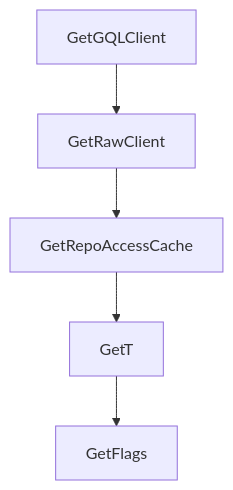
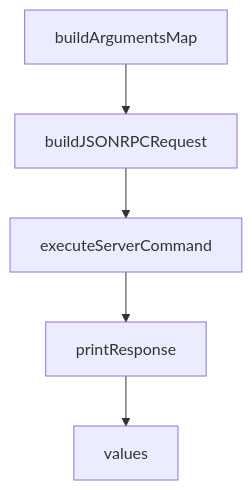
One commit to johnxie/awesome-code-docs changed the diagram in tutorials/github-mcp-server-tutorial/07-troubleshooting-read-only-and-lockdown-operations.md. Above: the diagram before and after it, drawn with Mermaid. The commit also changed other lines of this file and 1232 other files, not shown here.

````diff
--- a/tutorials/github-mcp-server-tutorial/07-troubleshooting-read-only-and-lockdown-operations.md
+++ b/tutorials/github-mcp-server-tutorial/07-troubleshooting-read-only-and-lockdown-operations.md
@@ -215,12 +213,12 @@
 ```mermaid
 flowchart TD
-    A[GetGQLClient]
-    B[GetRawClient]
-    C[GetRepoAccessCache]
-    D[GetT]
-    E[GetFlags]
+    A[buildArgumentsMap]
+    B[buildJSONRPCRequest]
+    C[executeServerCommand]
+    D[printResponse]
+    E[values]
     A --> B
     B --> C
     C --> D
     D --> E
 ```
````
